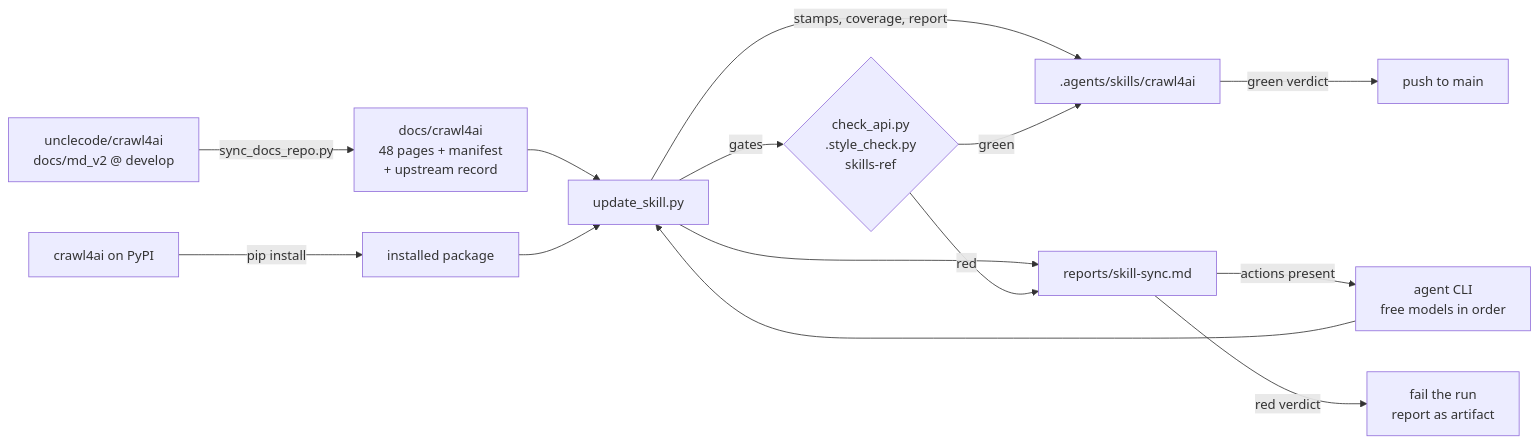
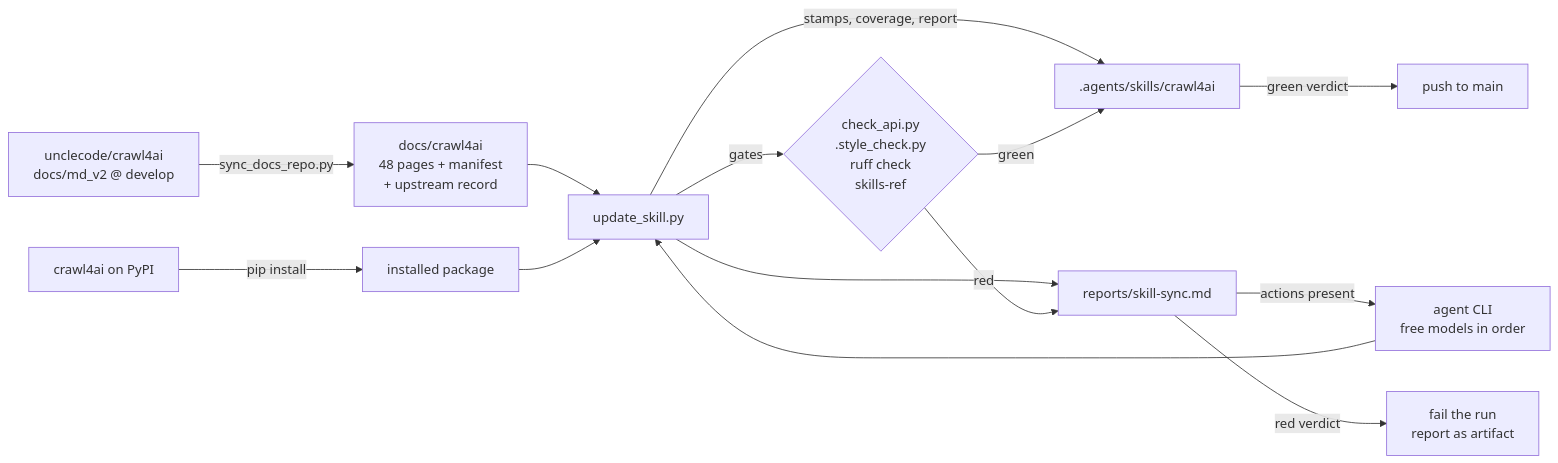
Before and after one commit to Wildfire2282/crawl4ai-skill: the diagram in README.md, drawn with Mermaid. The commit also changed other lines of this file and 4 other files, not shown here.

First line of the commit message:
chore(ci): run ruff check in skill-check and before the unattended push

````diff
--- a/README.md
+++ b/README.md
@@ -14,16 +14,16 @@
 ```mermaid
 flowchart LR
   upstream[unclecode/crawl4ai<br/>docs/md_v2 @ develop] -->|sync_docs_repo.py| mirror[docs/crawl4ai<br/>48 pages + manifest<br/>+ upstream record]
   pypi[crawl4ai on PyPI] -->|pip install| pkg[installed package]
   mirror --> sync[update_skill.py]
   pkg --> sync
   sync -->|stamps, coverage, report| skill[.agents/skills/crawl4ai]
   sync --> report[reports/skill-sync.md]
-  sync -->|gates| gate{check_api.py<br/>.style_check.py<br/>skills-ref}
+  sync -->|gates| gate{check_api.py<br/>.style_check.py<br/>ruff check<br/>skills-ref}
   gate -->|green| skill
   gate -->|red| report
   report -->|actions present| agent[agent CLI<br/>free models in order]
   agent --> sync
   skill -->|green verdict| push[push to main]
   report -->|red verdict| fail[fail the run<br/>report as artifact]
 ```
````
